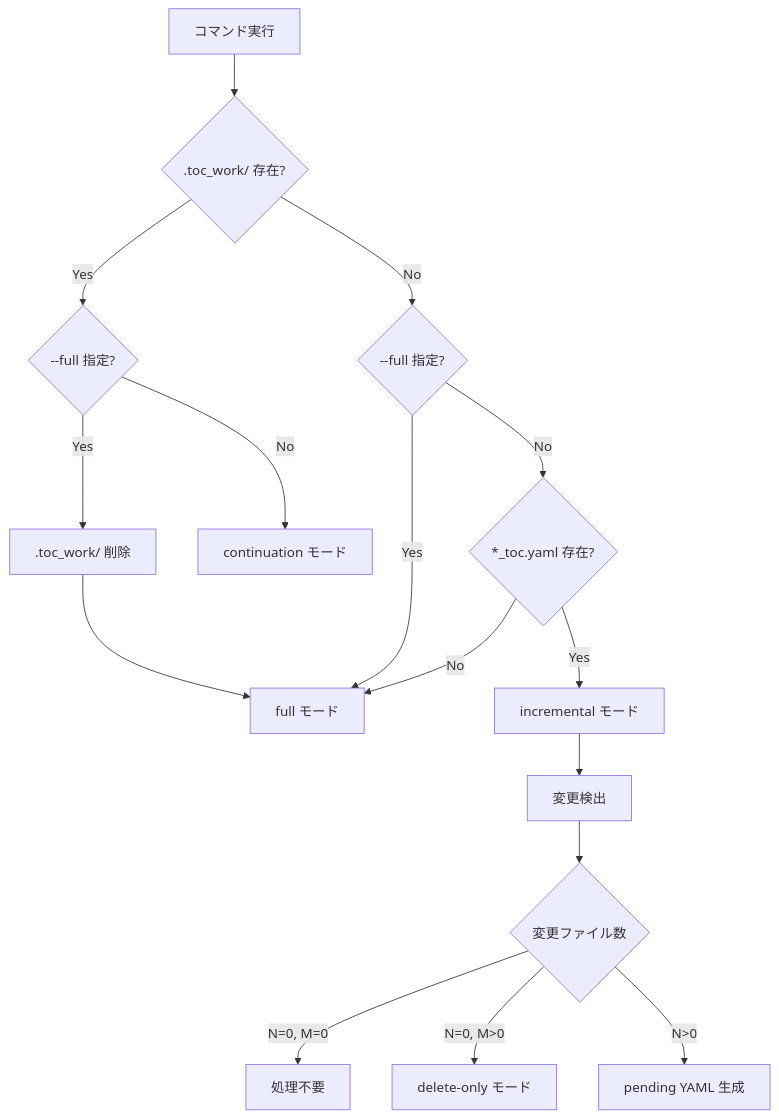
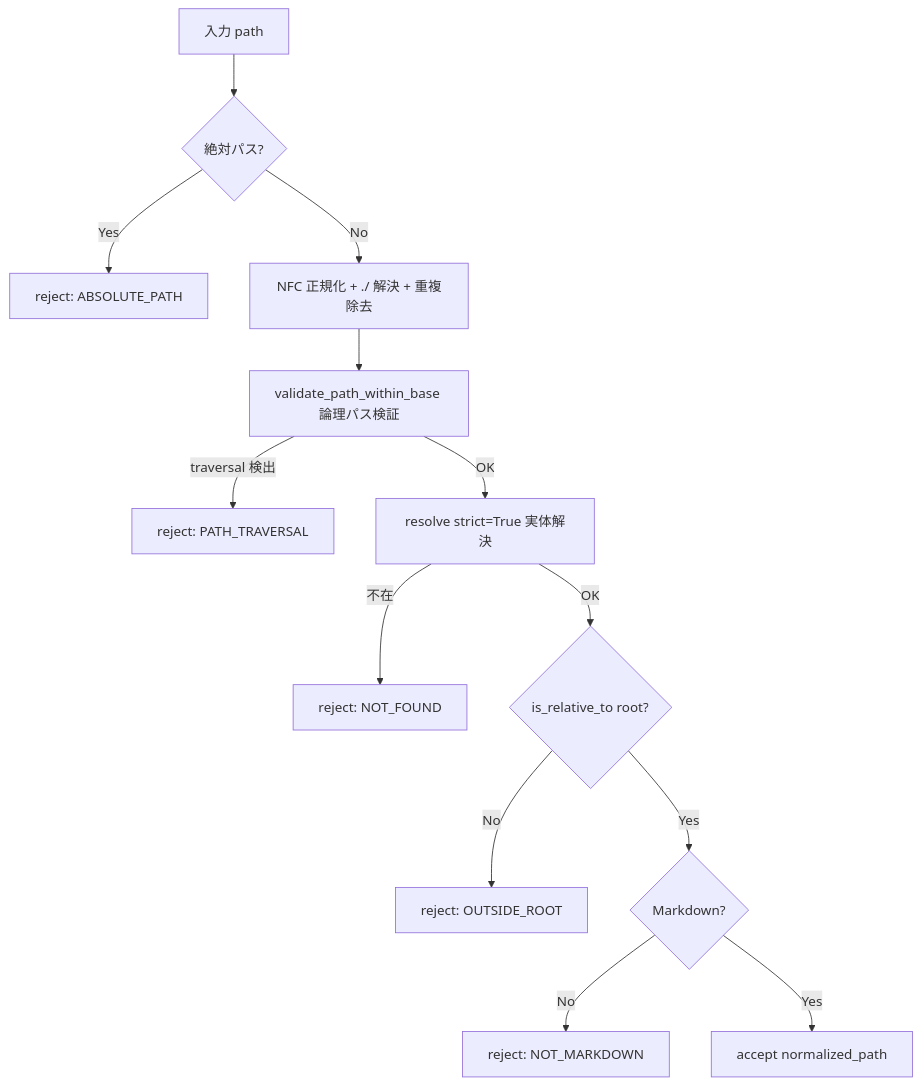
The third of 7 diagrams in docs/specs/base/design/DES-005_toc_generation_flow.md (BlueEventHorizon/DocAdvisor-CC), drawn with Mermaid before and after one commit. The commit also changed other lines of this file and 35 other files, not shown here.

````diff
--- a/docs/specs/base/design/DES-005_toc_generation_flow.md
+++ b/docs/specs/base/design/DES-005_toc_generation_flow.md
@@ -64,20 +189,15 @@
 ```mermaid
 flowchart TD
-    A[コマンド実行] --> B{".toc_work/ 存在?"}
-    B -->|Yes| C{"--full 指定?"}
-    C -->|Yes| D[".toc_work/ 削除"]
-    D --> E[full モード]
-    C -->|No| F[continuation モード]
-
-    B -->|No| G{--full 指定?}
-    G -->|Yes| E
-    G -->|No| H{*_toc.yaml 存在?}
-    H -->|No| E
-    H -->|Yes| I[incremental モード]
-
-    I --> J[変更検出]
-    J --> K{変更ファイル数}
-    K -->|N=0, M=0| L[処理不要]
-    K -->|N=0, M>0| M[delete-only モード]
-    K -->|N>0| N[pending YAML 生成]
+    A[入力 path] --> B{絶対パス?}
+    B -->|Yes| R1[reject: ABSOLUTE_PATH]
+    B -->|No| C[NFC 正規化 + ./ 解決 + 重複除去]
+    C --> D[validate_path_within_base 論理パス検証]
+    D -->|traversal 検出| R2[reject: PATH_TRAVERSAL]
+    D -->|OK| E[resolve strict=True 実体解決]
+    E -->|不在| R3[reject: NOT_FOUND]
+    E -->|OK| F{is_relative_to root?}
+    F -->|No| R4[reject: OUTSIDE_ROOT]
+    F -->|Yes| G{Markdown?}
+    G -->|No| R5[reject: NOT_MARKDOWN]
+    G -->|Yes| H[accept normalized_path]
 ```
````
